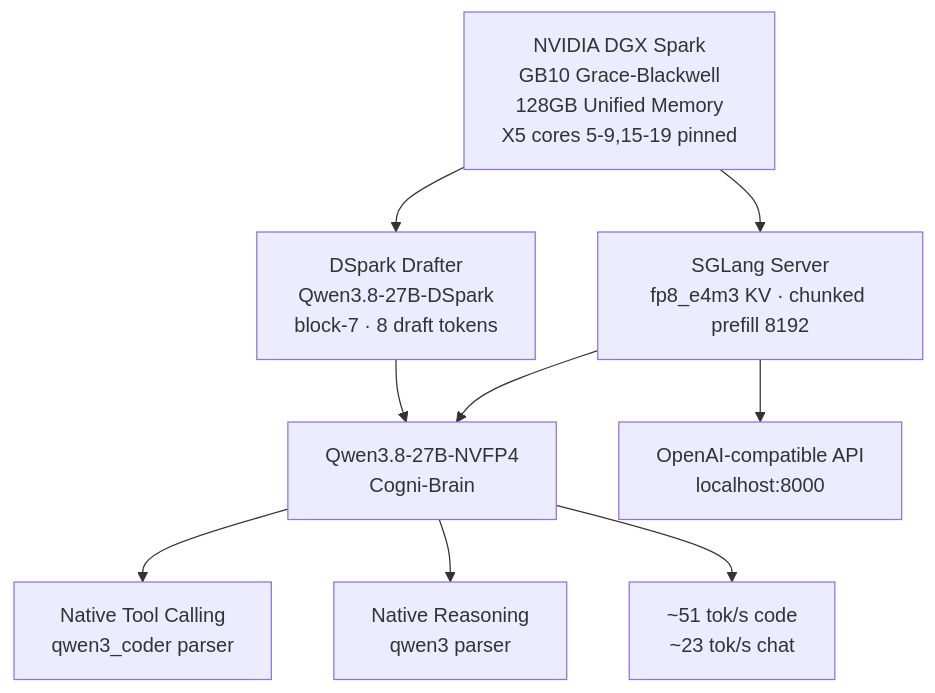
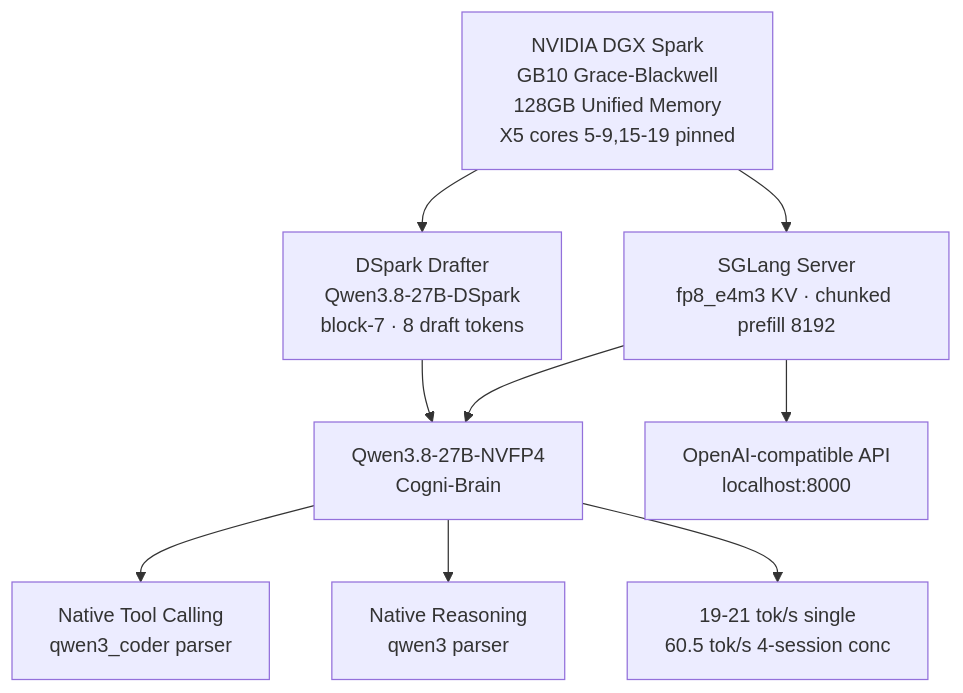
One commit to airawatraj/dgx-spark-qwen38-super-agent changed the diagram in README.md. Above: the diagram before and after it, drawn with Mermaid. The commit also changed other lines of this file and 3 other files, not shown here.

````diff
--- a/README.md
+++ b/README.md
@@ -45,15 +46,15 @@
 ```mermaid
 flowchart TD
     A["NVIDIA DGX Spark<br/>GB10 Grace-Blackwell<br/>128GB Unified Memory<br/>X5 cores 5-9,15-19 pinned"]
 
     A --> B["SGLang Server<br/>fp8_e4m3 KV · chunked prefill 8192"]
     A --> S["DSpark Drafter<br/>Qwen3.8-27B-DSpark<br/>block-7 · 8 draft tokens"]
 
     B --> C["Qwen3.8-27B-NVFP4<br/>Cogni-Brain"]
     B --> D["OpenAI-compatible API<br/>localhost:8000"]
     S --> C
 
     C --> E["Native Tool Calling<br/>qwen3_coder parser"]
     C --> F["Native Reasoning<br/>qwen3 parser"]
-    C --> G["~51 tok/s code<br/>~23 tok/s chat"]
+    C --> G["19-21 tok/s single<br/>60.5 tok/s 4-session conc"]
 ```
````
